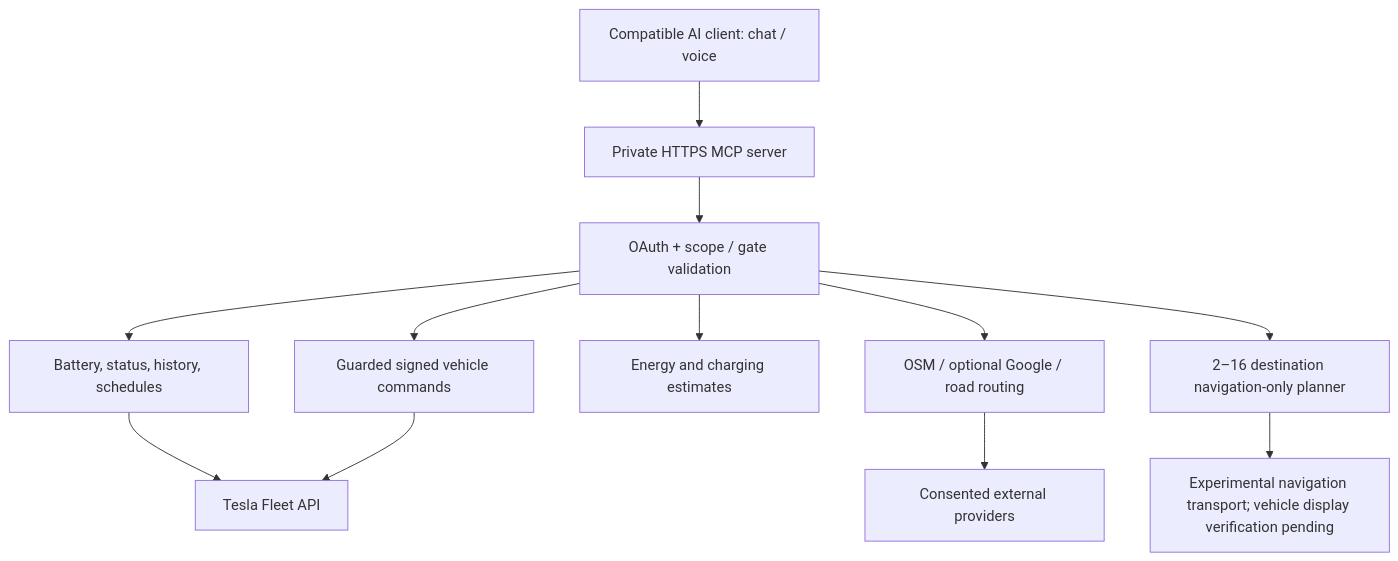
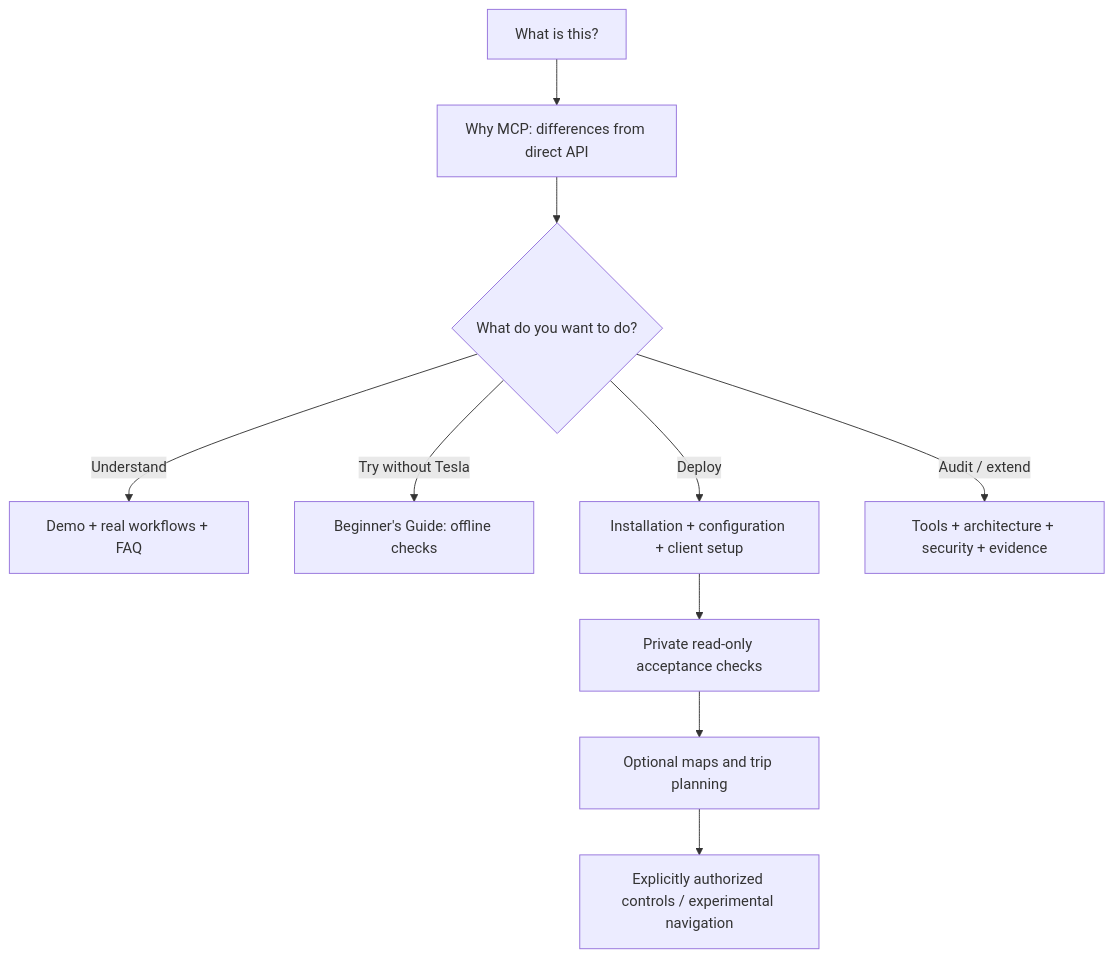
One commit to VladTepes84/Tesla-Voice-MCP changed the diagram in docs/INDEX.md. Above: the diagram before and after it, drawn with Mermaid. The commit also changed other lines of this file and 23 other files, not shown here.

````diff
--- a/docs/INDEX.md
+++ b/docs/INDEX.md
@@ -23,14 +17,12 @@
 ```mermaid
 flowchart TD
-    U["Compatible AI client: chat / voice"] --> MCP["Private HTTPS MCP server"]
-    MCP --> AUTH["OAuth + scope / gate validation"]
-    AUTH --> READ["Battery, status, history, schedules"]
-    AUTH --> MAP["OSM / optional Google / road routing"]
-    AUTH --> ENERGY["Energy and charging estimates"]
-    AUTH --> NAV["2–16 destination navigation-only planner"]
-    AUTH --> COMMAND["Guarded signed vehicle commands"]
-    READ --> TESLA["Tesla Fleet API"]
-    COMMAND --> TESLA
-    MAP --> PROVIDERS["Consented external providers"]
-    NAV --> EXP["Experimental navigation transport; vehicle display verification pending"]
+    A["What is this?"] --> B["Why MCP: differences from direct API"]
+    B --> C{"What do you want to do?"}
+    C -->|Understand| D["Demo + real workflows + FAQ"]
+    C -->|Try without Tesla| E["Beginner's Guide: offline checks"]
+    C -->|Deploy| F["Installation + configuration + client setup"]
+    C -->|Audit / extend| G["Tools + architecture + security + evidence"]
+    F --> H["Private read-only acceptance checks"]
+    H --> I["Optional maps and trip planning"]
+    I --> J["Explicitly authorized controls / experimental navigation"]
 ```
````
